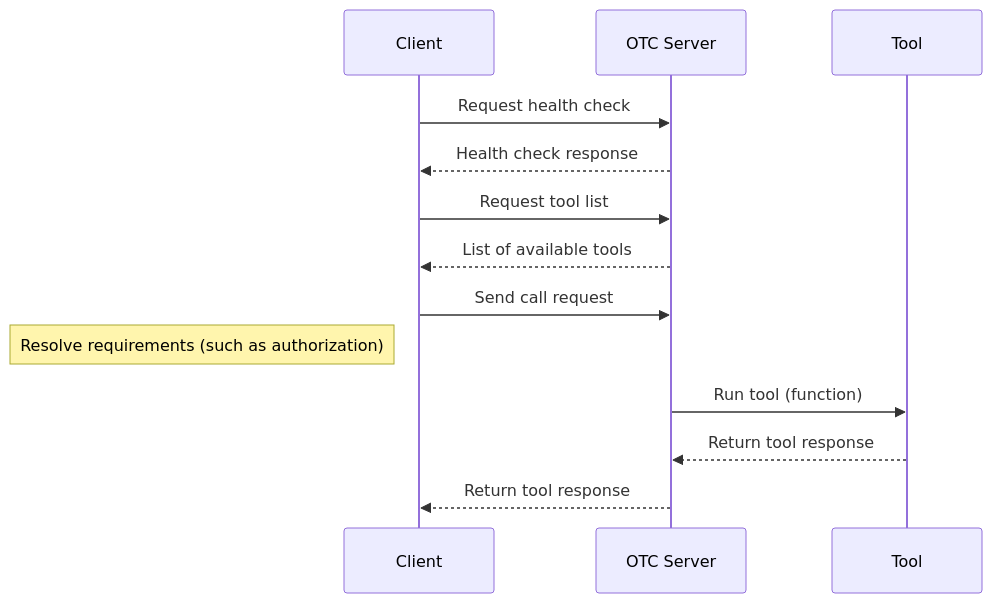
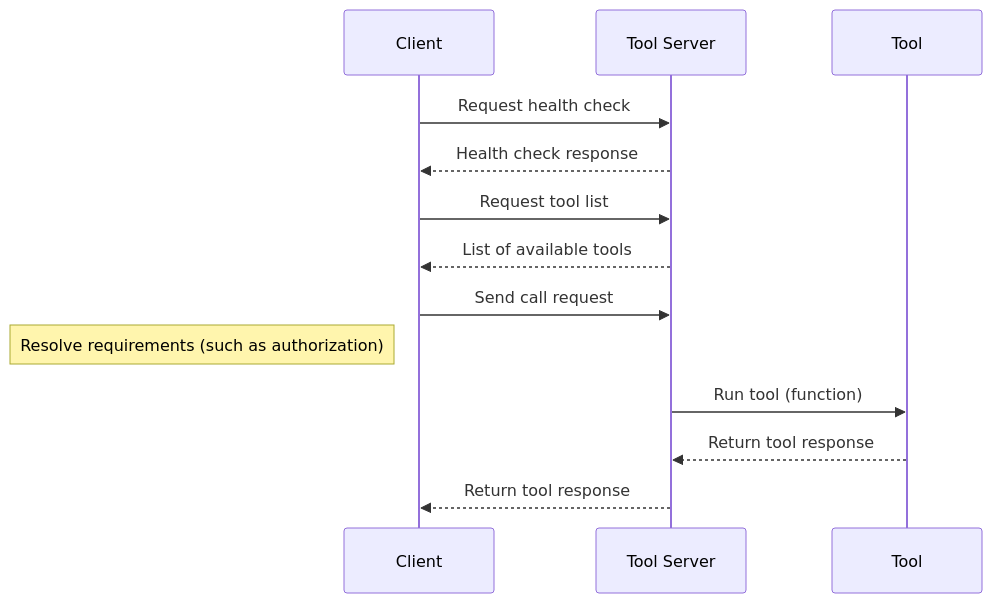
One commit to OpenExecProtocol/Specification changed the diagram in RFC.md. Above: the diagram before and after it, drawn with Mermaid. The commit also changed other lines of this file and 1 other file, not shown here.

Commit message:
Fix schema issues

````diff
--- a/RFC.md
+++ b/RFC.md
@@ -56,22 +56,22 @@
 ```mermaid
 sequenceDiagram
     participant C as Client
-    participant S as OTC Server
+    participant S as Tool Server
     participant T as Tool
 
     ## Health check
     C->>S: Request health check
     S-->>C: Health check response
 
     %% Tool discovery
     C->>S: Request tool list
     S-->>C: List of available tools
 
     %% Tool call
     C->>S: Send call request
     Note left of C: Resolve requirements (such as authorization)
     S->>T: Run tool (function)
     T-->>S: Return tool response
     S-->>C: Return tool response
 
 ```
````
